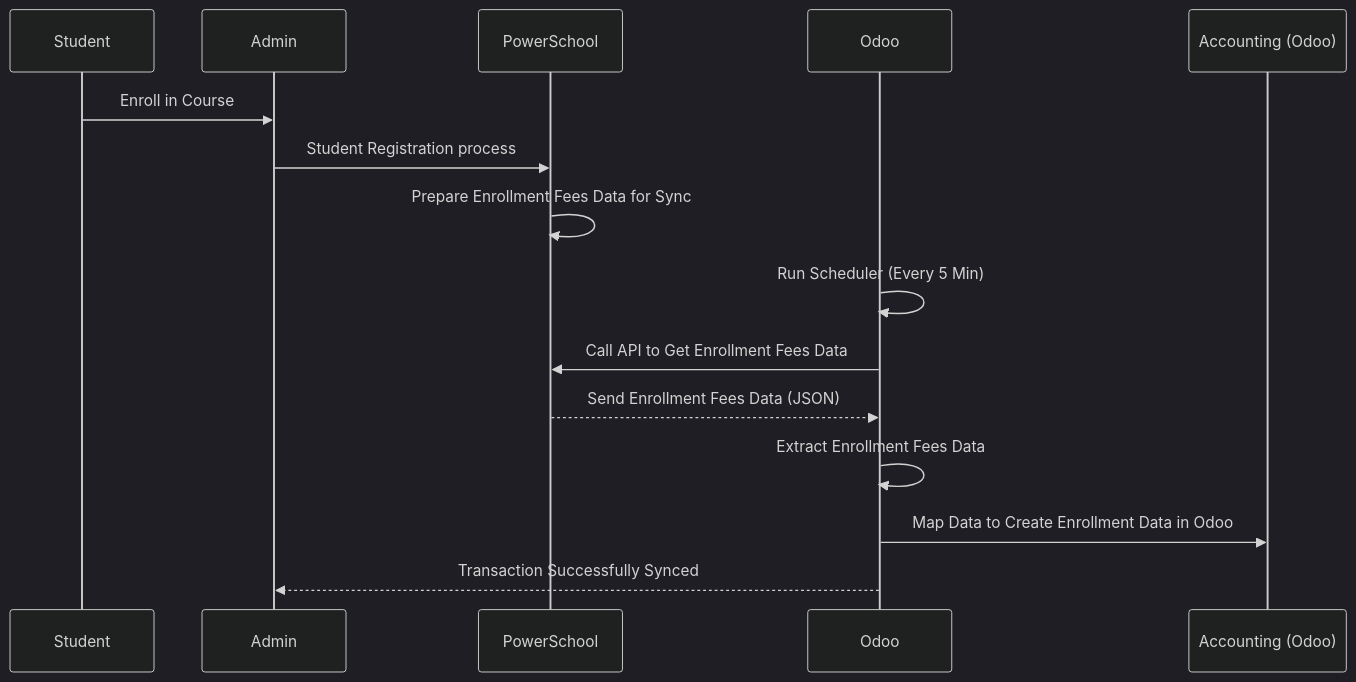
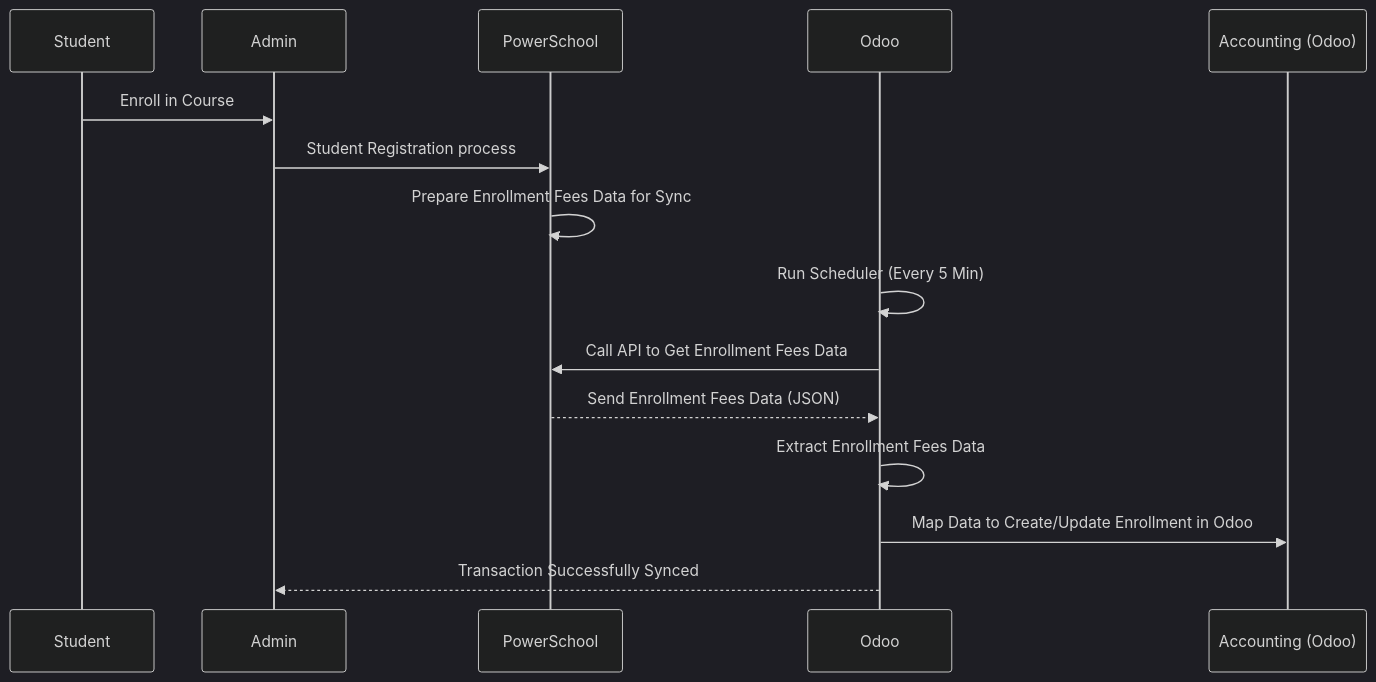
The third of 3 diagrams in PowerSchool Provides Rest API.md (kamalyui9/lincoln_school), drawn with Mermaid (dark theme) before and after one commit. The commit also changed other lines of this file, not shown here.

Commit message:
Update PowerSchool Provides Rest API.md

````diff
--- a/PowerSchool Provides Rest API.md
+++ b/PowerSchool Provides Rest API.md
@@ -42,18 +42,18 @@
 ```mermaid
 sequenceDiagram
     participant Student as Student
     participant Admin as Admin
     participant PowerSchool as PowerSchool
     participant Odoo as Odoo
     participant Accounting as Accounting (Odoo)
 
     Student->>Admin: Enroll in Course
     Admin->>PowerSchool: Student Registration process
     PowerSchool->>PowerSchool: Prepare Enrollment Fees Data for Sync
     Odoo->>Odoo: Run Scheduler (Every 5 Min)
     Odoo->>PowerSchool: Call API to Get Enrollment Fees Data
     PowerSchool-->>Odoo: Send Enrollment Fees Data (JSON)
     Odoo->>Odoo: Extract Enrollment Fees Data
-    Odoo->>Accounting: Map Data to Create Enrollment Data in Odoo
+    Odoo->>Accounting: Map Data to Create/Update Enrollment in Odoo
     Odoo-->>Admin: Transaction Successfully Synced
 ```
````
